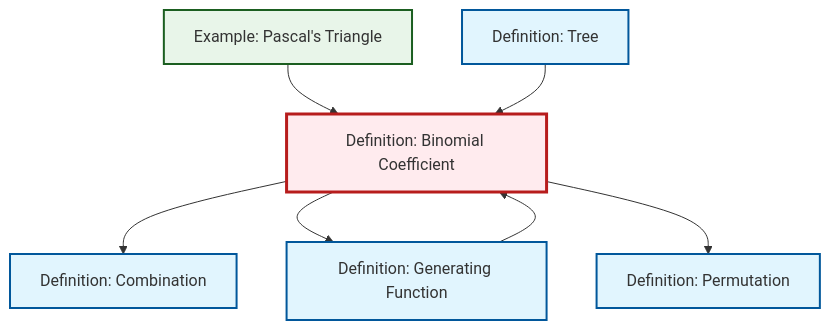
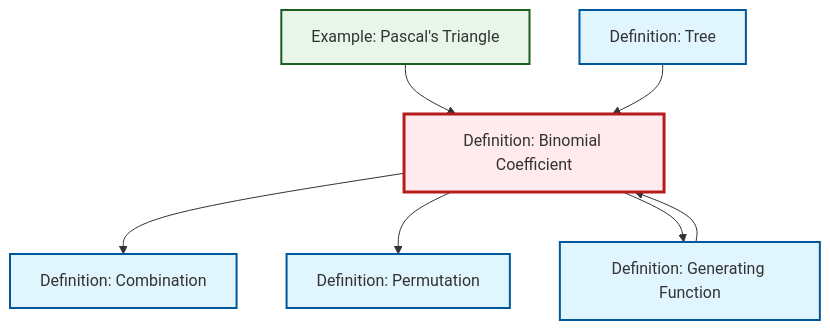
Before and after one commit to RK0429/ModernMath: the diagram in content/en/combinatorics/def-binomial-coefficient.qmd, drawn with Mermaid. The commit also changed other lines of this file and 619 other files, not shown here.

````diff
--- a/content/en/combinatorics/def-binomial-coefficient.qmd
+++ b/content/en/combinatorics/def-binomial-coefficient.qmd
@@ -66,27 +66,27 @@
 ```{mermaid}
 %%| fig-cap: "Local dependency graph"
 graph TD
     classDef definition fill:#e1f5fe,stroke:#01579b,stroke-width:2px
     classDef theorem fill:#f3e5f5,stroke:#4a148c,stroke-width:2px
     classDef axiom fill:#fff3e0,stroke:#e65100,stroke-width:2px
     classDef example fill:#e8f5e9,stroke:#1b5e20,stroke-width:2px
     classDef current fill:#ffebee,stroke:#b71c1c,stroke-width:3px
     def-combination["Definition: Combination"]:::definition
+    def-permutation["Definition: Permutation"]:::definition
+    ex-pascals-triangle["Example: Pascal's Triangle"]:::example
     def-binomial-coefficient["Definition: Binomial Coefficient"]:::definition
     def-generating-function["Definition: Generating Function"]:::definition
-    ex-pascals-triangle["Example: Pascal's Triangle"]:::example
-    def-permutation["Definition: Permutation"]:::definition
     def-tree["Definition: Tree"]:::definition
     def-binomial-coefficient --> def-combination
+    def-binomial-coefficient --> def-permutation
+    def-generating-function --> def-binomial-coefficient
     def-binomial-coefficient --> def-generating-function
     ex-pascals-triangle --> def-binomial-coefficient
-    def-binomial-coefficient --> def-permutation
-    def-generating-function --> def-binomial-coefficient
     def-tree --> def-binomial-coefficient
     class def-binomial-coefficient current
     click def-combination "def-combination.html" "Go to Combination definition"
+    click def-permutation "def-permutation.html" "Go to Permutation definition"
+    click ex-pascals-triangle "ex-pascals-triangle.html" "Go to Pascal's Triangle example"
     click def-generating-function "def-generating-function.html" "Go to Generating Function definition"
-    click ex-pascals-triangle "ex-pascals-triangle.html" "Go to Pascal's Triangle example"
-    click def-permutation "def-permutation.html" "Go to Permutation definition"
     click def-tree "def-tree.html" "Go to Tree definition"
 ```
````
